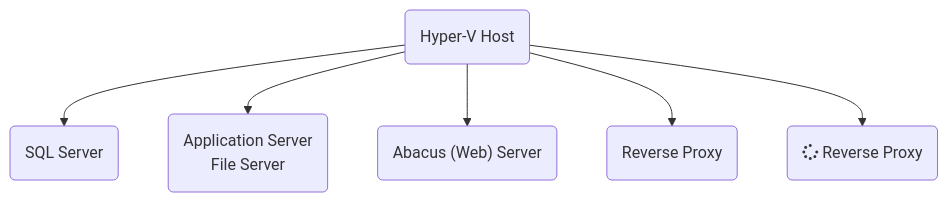
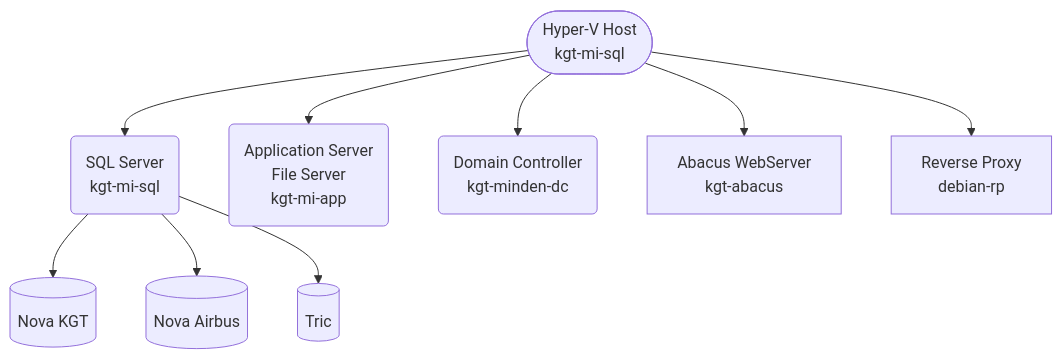
One commit to WickedLink/konfiguration changed the diagram in Dokumentation/windows.md. Above: the diagram before and after it, drawn with Mermaid. The commit also changed other lines of this file and 1 other file, not shown here.

````diff
--- a/Dokumentation/windows.md
+++ b/Dokumentation/windows.md
@@ -51,9 +90,11 @@
 ```mermaid
 graph TD;
-    kgt-mi-hv(Hyper-V Host) --> kgt-mi-sql(SQL Server);
-    kgt-mi-hv --> kgt-mi-app("Application Server
-    File Server");
-    kgt-mi-hv --> kgt-mi-abacus("Abacus (Web) Server");
-    kgt-mi-hv --> kgt-mi-rp("Reverse Proxy");
-    kgt-mi-hv --> kgt-mi-rp2(fa:fa-spinner Reverse Proxy);
+    kgt-mi-hv([Hyper-V Host <br> kgt-mi-sql]) --> kgt-mi-sql(SQL Server <br> kgt-mi-sql);
+    kgt-mi-hv --> kgt-mi-app("Application Server <br> File Server <br> kgt-mi-app");
+    kgt-mi-hv --> kgt-minden-dc("Domain Controller <br> kgt-minden-dc");
+    kgt-mi-hv --> kgt-mi-abacus["Abacus WebServer <br> kgt-abacus"];
+    kgt-mi-hv --> kgt-mi-rp["Reverse Proxy <br> debian-rp"];
+    kgt-mi-sql --> novadb[(Nova KGT)];
+    kgt-mi-sql --> calidb[(Nova Airbus)];
+    kgt-mi-sql --> tricdb[(Tric)];
 ```
````
